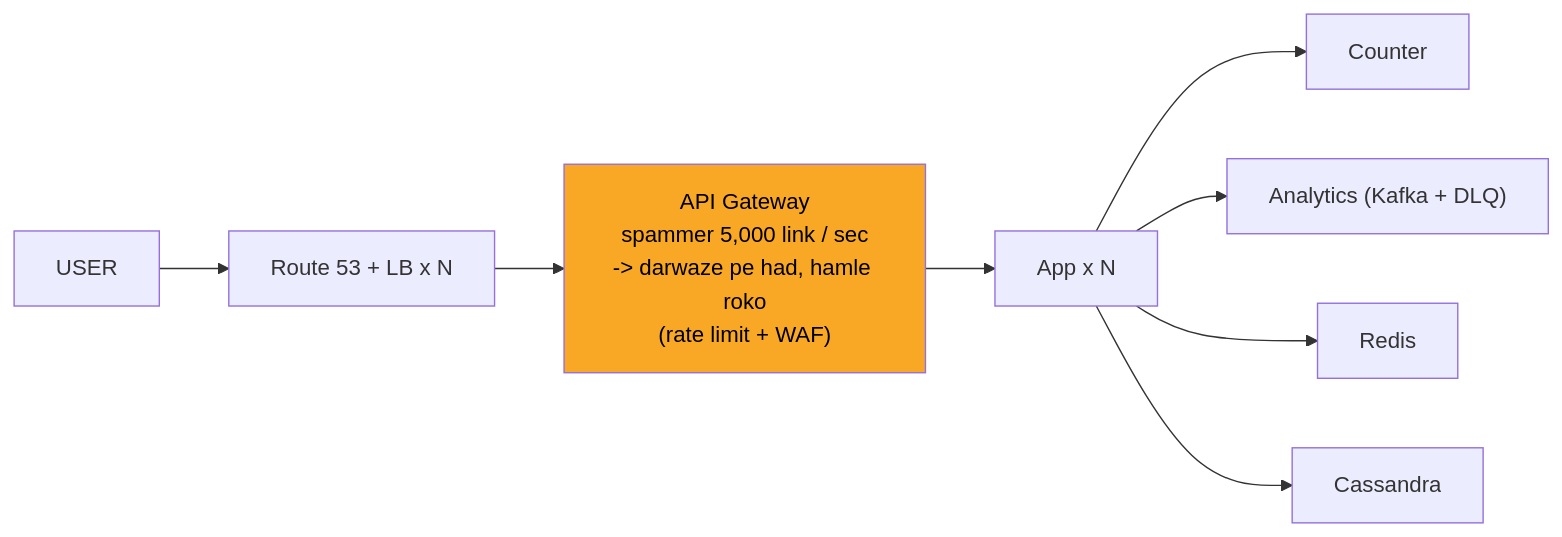
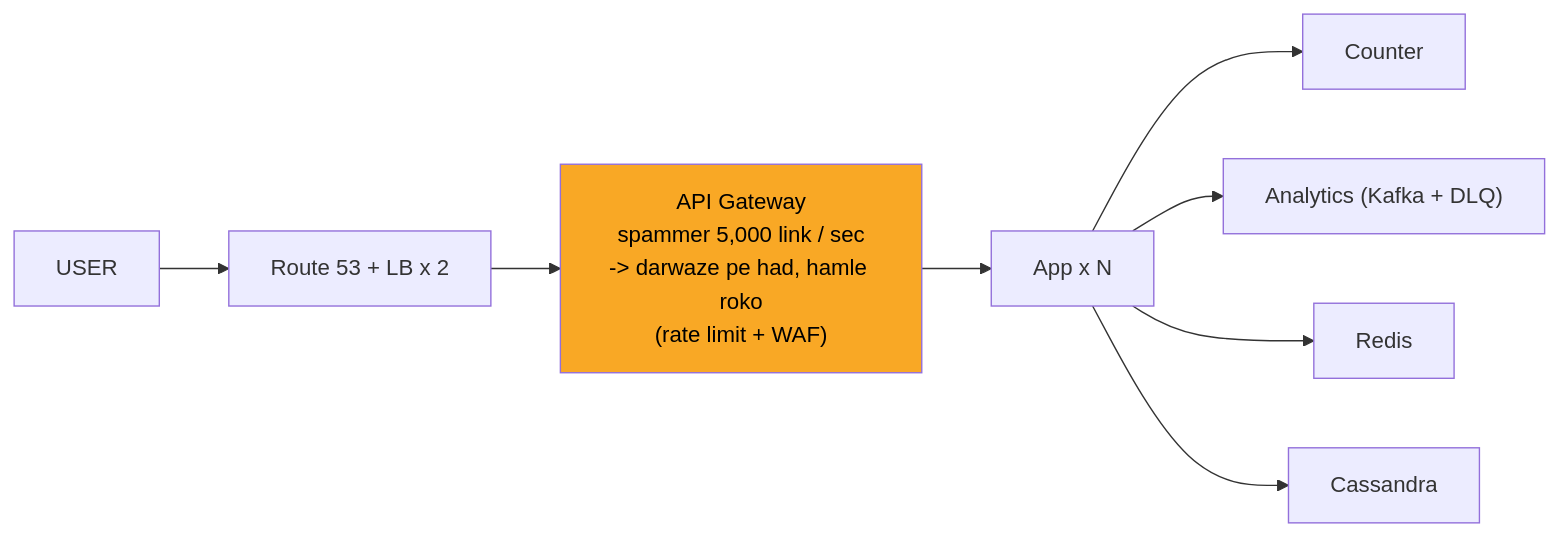
The ninth of 10 diagrams in 04_HLD/SYSTEM_DESIGNS/01_url_shortener/01_url_shortener.md (ArpanMaheshwari144/Prep), drawn with Mermaid before and after one commit. The commit also changed other lines of this file and 10 other files, not shown here.

````diff
--- a/04_HLD/SYSTEM_DESIGNS/01_url_shortener/01_url_shortener.md
+++ b/04_HLD/SYSTEM_DESIGNS/01_url_shortener/01_url_shortener.md
@@ -361,19 +361,19 @@
 ```mermaid
 flowchart LR
     n_USER["USER"]
-    n_EDGE["Route 53 + LB x N"]
+    n_EDGE["Route 53 + LB x 2"]
     n_API_Gateway["API Gateway<br/>spammer 5,000 link / sec<br/>-> darwaze pe had, hamle roko<br/>(rate limit + WAF)"]
     n_App_xN["App x N"]
     n_Counter["Counter"]
     n_ANA["Analytics (Kafka + DLQ)"]
     n_Redis["Redis"]
     n_Cassandra["Cassandra"]
     n_USER --> n_EDGE
     n_EDGE --> n_API_Gateway
     n_API_Gateway --> n_App_xN
     n_App_xN --> n_Counter
     n_App_xN --> n_ANA
     n_App_xN --> n_Redis
     n_App_xN --> n_Cassandra
     style n_API_Gateway fill:#f9a825,color:#000
 ```
````
